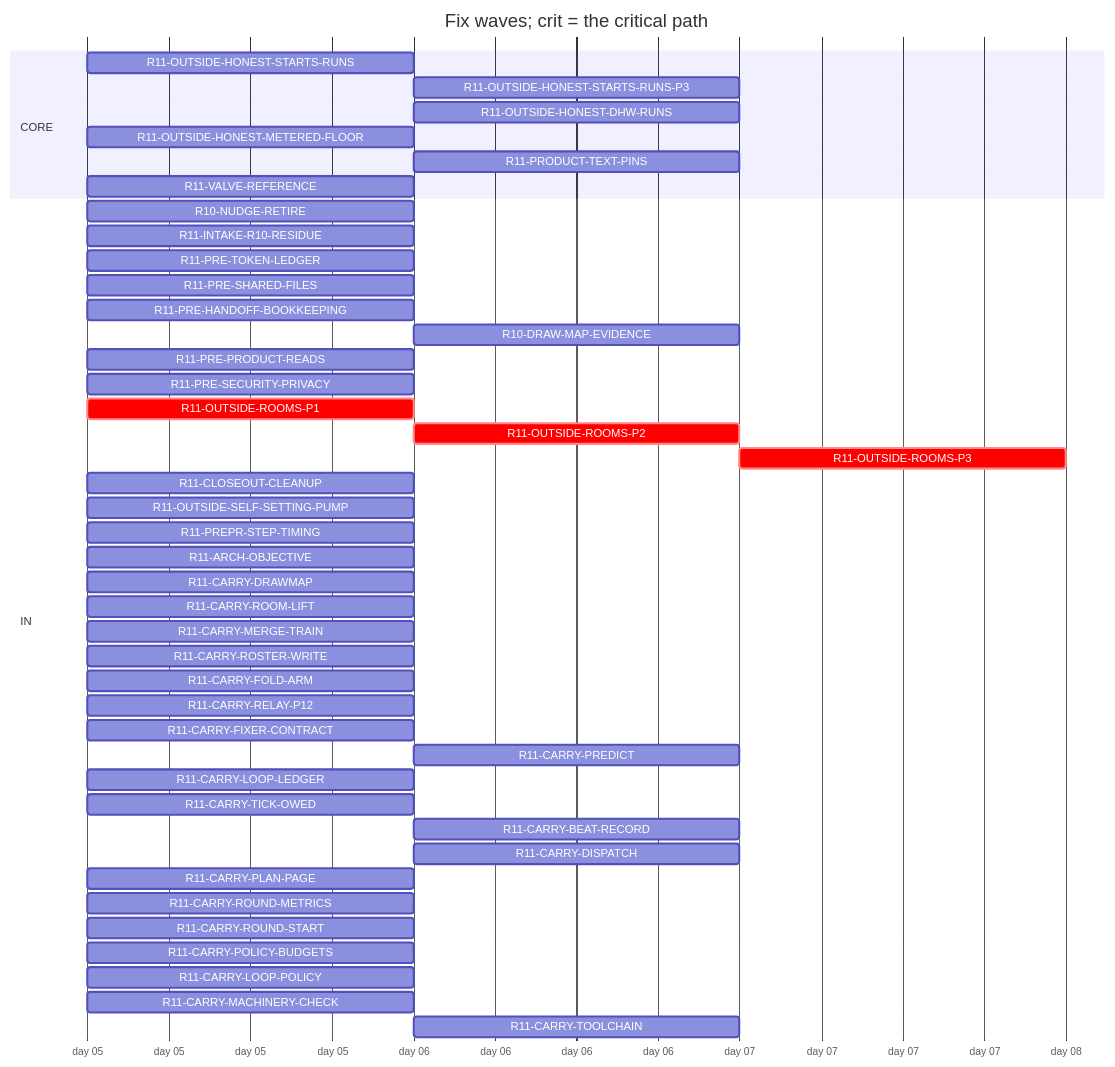
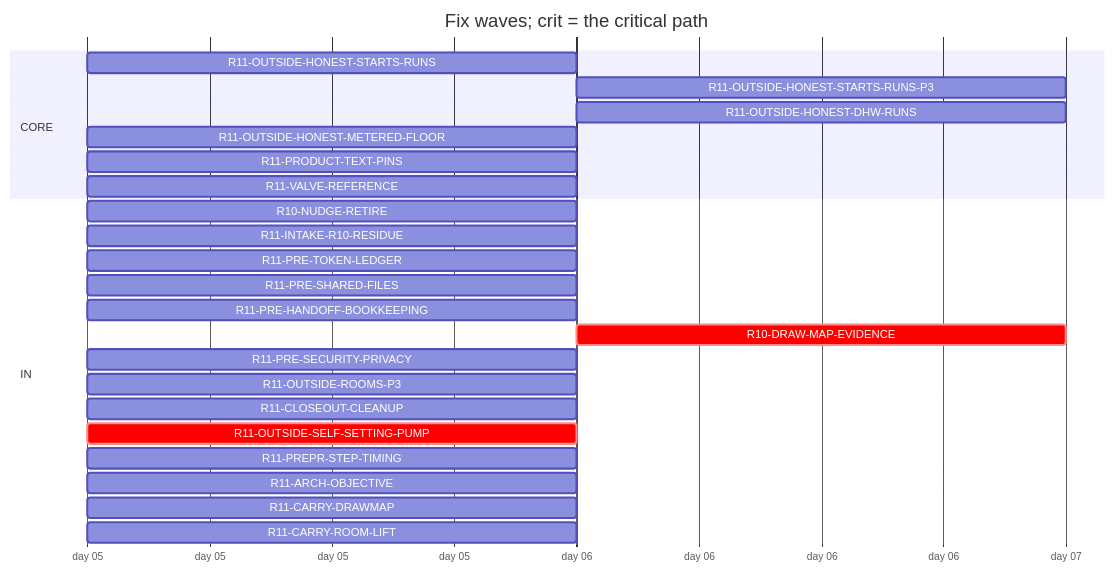
Before and after one commit to tvofi/heatpump_optimizer: the diagram in handoff/round11/state/PLAN-TABLE.md, drawn with Mermaid. The commit also changed other lines of this file and 4 other files, not shown here.

Commit message:
state: FLOW-BOARD.md, NEXT-SESSION-PROMPT.md, PLAN-TABLE.md, PLAN.html, RESUME-CURRENT.md regenerated (state_docs.py)

````diff
--- a/handoff/round11/state/PLAN-TABLE.md
+++ b/handoff/round11/state/PLAN-TABLE.md
@@ -15,48 +15,28 @@
 ```mermaid
 gantt
   title Fix waves; crit = the critical path
   dateFormat YYYY-MM-DD
   axisFormat day %d
   section CORE
     R11-OUTSIDE-HONEST-STARTS-RUNS :r11OUTSIDEHONESTSTARTSRUNS, 2026-01-05, 1d
     R11-OUTSIDE-HONEST-STARTS-RUNS-P3 :r11OUTSIDEHONESTSTARTSRUNSP3, after r11OUTSIDEHONESTSTARTSRUNS, 1d
     R11-OUTSIDE-HONEST-DHW-RUNS :r11OUTSIDEHONESTDHWRUNS, after r11OUTSIDEHONESTSTARTSRUNS, 1d
     R11-OUTSIDE-HONEST-METERED-FLOOR :r11OUTSIDEHONESTMETEREDFLOOR, 2026-01-05, 1d
-    R11-PRODUCT-TEXT-PINS :r11PRODUCTTEXTPINS, after r11OUTSIDEROOMSP1, 1d
+    R11-PRODUCT-TEXT-PINS :r11PRODUCTTEXTPINS, 2026-01-05, 1d
     R11-VALVE-REFERENCE :r11VALVEREFERENCE, 2026-01-05, 1d
   section IN
     R10-NUDGE-RETIRE :r10NUDGERETIRE, 2026-01-05, 1d
     R11-INTAKE-R10-RESIDUE :r11INTAKER10RESIDUE, 2026-01-05, 1d
     R11-PRE-TOKEN-LEDGER :r11PRETOKENLEDGER, 2026-01-05, 1d
     R11-PRE-SHARED-FILES :r11PRESHAREDFILES, 2026-01-05, 1d
     R11-PRE-HANDOFF-BOOKKEEPING :r11PREHANDOFFBOOKKEEPING, 2026-01-05, 1d
-    R10-DRAW-MAP-EVIDENCE :r10DRAWMAPEVIDENCE, after r11OUTSIDESELFSETTINGPUMP, 1d
-    R11-PRE-PRODUCT-READS :r11PREPRODUCTREADS, 2026-01-05, 1d
+    R10-DRAW-MAP-EVIDENCE :crit, r10DRAWMAPEVIDENCE, after r11OUTSIDESELFSETTINGPUMP, 1d
     R11-PRE-SECURITY-PRIVACY :r11PRESECURITYPRIVACY, 2026-01-05, 1d
-    R11-OUTSIDE-ROOMS-P1 :crit, r11OUTSIDEROOMSP1, 2026-01-05, 1d
-    R11-OUTSIDE-ROOMS-P2 :crit, r11OUTSIDEROOMSP2, after r11OUTSIDEROOMSP1, 1d
-    R11-OUTSIDE-ROOMS-P3 :crit, r11OUTSIDEROOMSP3, after r11OUTSIDEROOMSP2, 1d
+    R11-OUTSIDE-ROOMS-P3 :r11OUTSIDEROOMSP3, 2026-01-05, 1d
     R11-CLOSEOUT-CLEANUP :r11CLOSEOUTCLEANUP, 2026-01-05, 1d
-    R11-OUTSIDE-SELF-SETTING-PUMP :r11OUTSIDESELFSETTINGPUMP, 2026-01-05, 1d
+    R11-OUTSIDE-SELF-SETTING-PUMP :crit, r11OUTSIDESELFSETTINGPUMP, 2026-01-05, 1d
     R11-PREPR-STEP-TIMING :r11PREPRSTEPTIMING, 2026-01-05, 1d
     R11-ARCH-OBJECTIVE :r11ARCHOBJECTIVE, 2026-01-05, 1d
     R11-CARRY-DRAWMAP :r11CARRYDRAWMAP, 2026-01-05, 1d
     R11-CARRY-ROOM-LIFT :r11CARRYROOMLIFT, 2026-01-05, 1d
-    R11-CARRY-MERGE-TRAIN :r11CARRYMERGETRAIN, 2026-01-05, 1d
-    R11-CARRY-ROSTER-WRITE :r11CARRYROSTERWRITE, 2026-01-05, 1d
-    R11-CARRY-FOLD-ARM :r11CARRYFOLDARM, 2026-01-05, 1d
-    R11-CARRY-RELAY-P12 :r11CARRYRELAYP12, 2026-01-05, 1d
-    R11-CARRY-FIXER-CONTRACT :r11CARRYFIXERCONTRACT, 2026-01-05, 1d
-    R11-CARRY-PREDICT :r11CARRYPREDICT, after r11PREPRSTEPTIMING, 1d
-    R11-CARRY-LOOP-LEDGER :r11CARRYLOOPLEDGER, 2026-01-05, 1d
-    R11-CARRY-TICK-OWED :r11CARRYTICKOWED, 2026-01-05, 1d
-    R11-CARRY-BEAT-RECORD :r11CARRYBEATRECORD, after r11CARRYROSTERWRITE, 1d
-    R11-CARRY-DISPATCH :r11CARRYDISPATCH, after r11PRETOKENLEDGER, 1d
-    R11-CARRY-PLAN-PAGE :r11CARRYPLANPAGE, 2026-01-05, 1d
-    R11-CARRY-ROUND-METRICS :r11CARRYROUNDMETRICS, 2026-01-05, 1d
-    R11-CARRY-ROUND-START :r11CARRYROUNDSTART, 2026-01-05, 1d
-    R11-CARRY-POLICY-BUDGETS :r11CARRYPOLICYBUDGETS, 2026-01-05, 1d
-    R11-CARRY-LOOP-POLICY :r11CARRYLOOPPOLICY, 2026-01-05, 1d
-    R11-CARRY-MACHINERY-CHECK :r11CARRYMACHINERYCHECK, 2026-01-05, 1d
-    R11-CARRY-TOOLCHAIN :r11CARRYTOOLCHAIN, after r11CARRYMERGETRAIN, 1d
 ```
````
